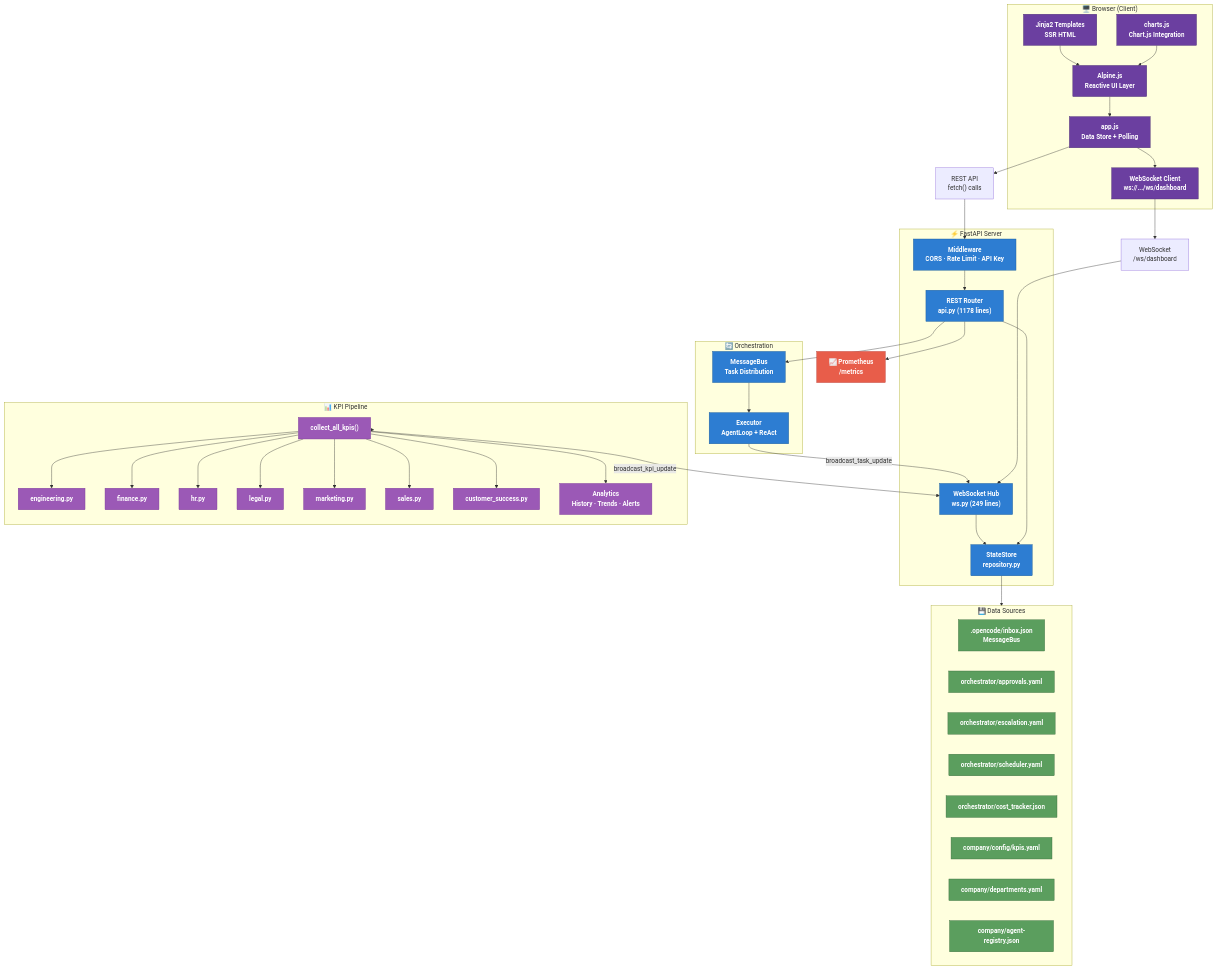
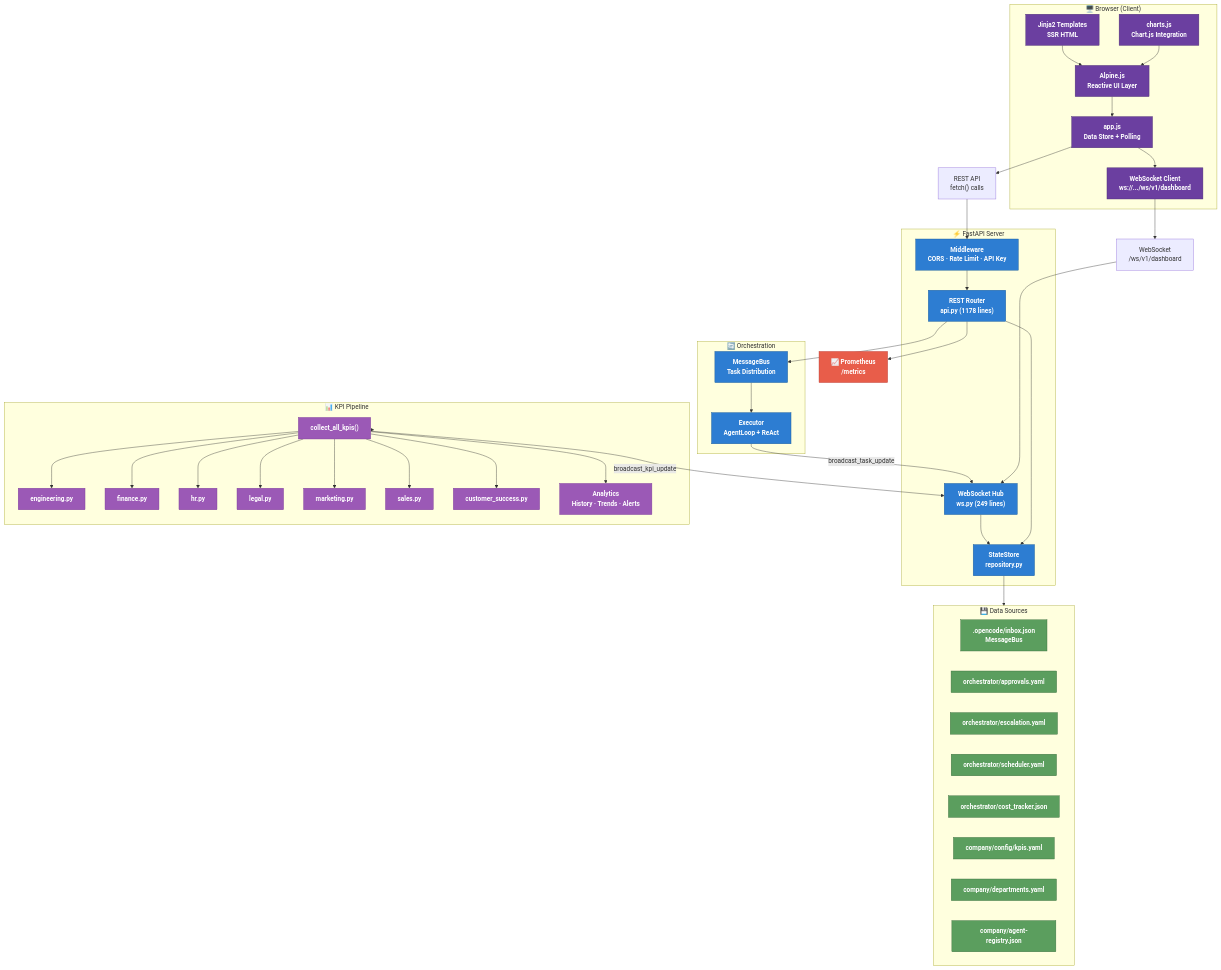
Before and after one commit to jmlusu/light-speed-holdings: the first of 2 diagrams in docs/DASHBOARD_ARCHITECTURE.md, drawn with Mermaid. The commit also changed other lines of this file and 45 other files, not shown here.

```diff
--- a/docs/DASHBOARD_ARCHITECTURE.md
+++ b/docs/DASHBOARD_ARCHITECTURE.md
@@ -159,14 +159,14 @@
     subgraph BROWSER ["🖥️ Browser (Client)"]
         ALPINE["Alpine.js<br/>Reactive UI Layer"]
         APPJS["app.js<br/>Data Store + Polling"]
-        WSCLIENT["WebSocket Client<br/>ws://.../ws/dashboard"]
+        WSCLIENT["WebSocket Client<br/>ws://.../ws/v1/dashboard"]
         CHARTS["charts.js<br/>Chart.js Integration"]
         TEMPLATES["Jinja2 Templates<br/>SSR HTML"]
     end
 
     %% ── Transport ───────────────────────────────────────────
     REST["REST API<br/>fetch() calls"]
-    WSCONN["WebSocket<br/>/ws/dashboard"]
+    WSCONN["WebSocket<br/>/ws/v1/dashboard"]
 
     %% ── Server ──────────────────────────────────────────────
     subgraph SERVER ["⚡ FastAPI Server"]
```
